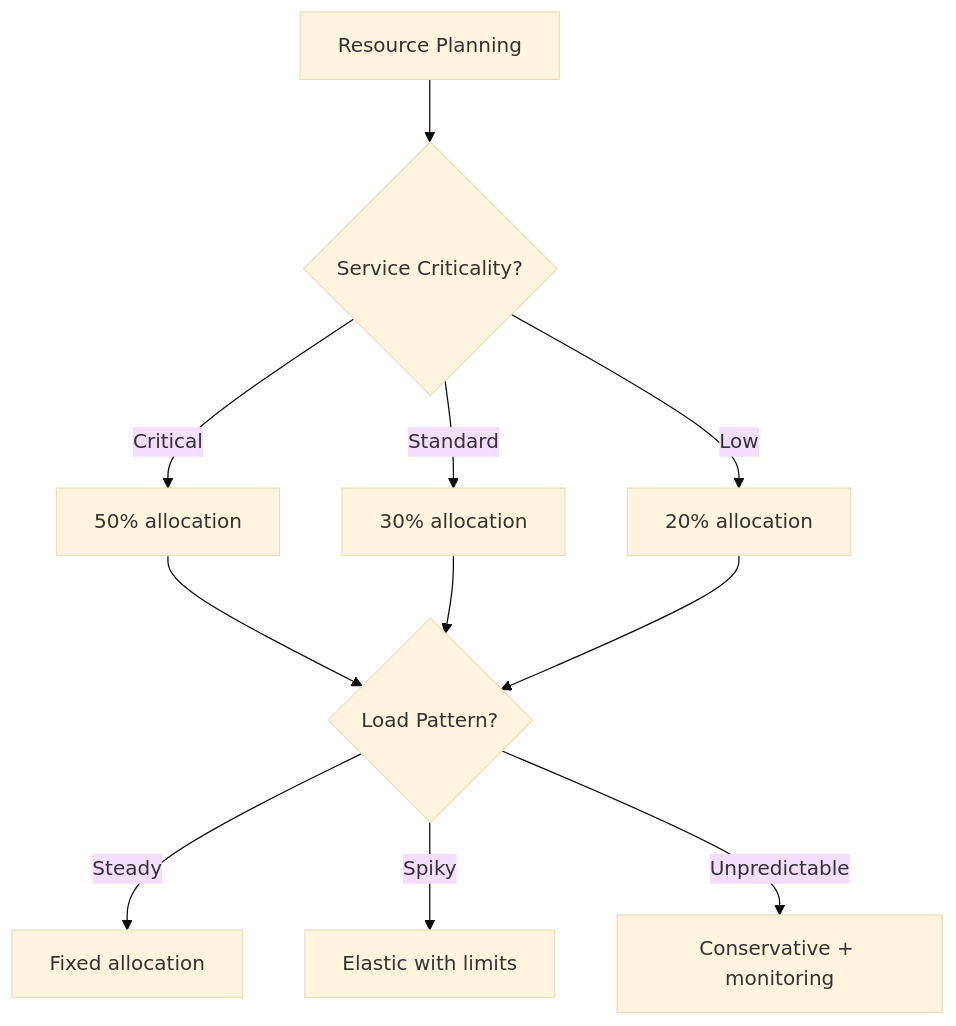
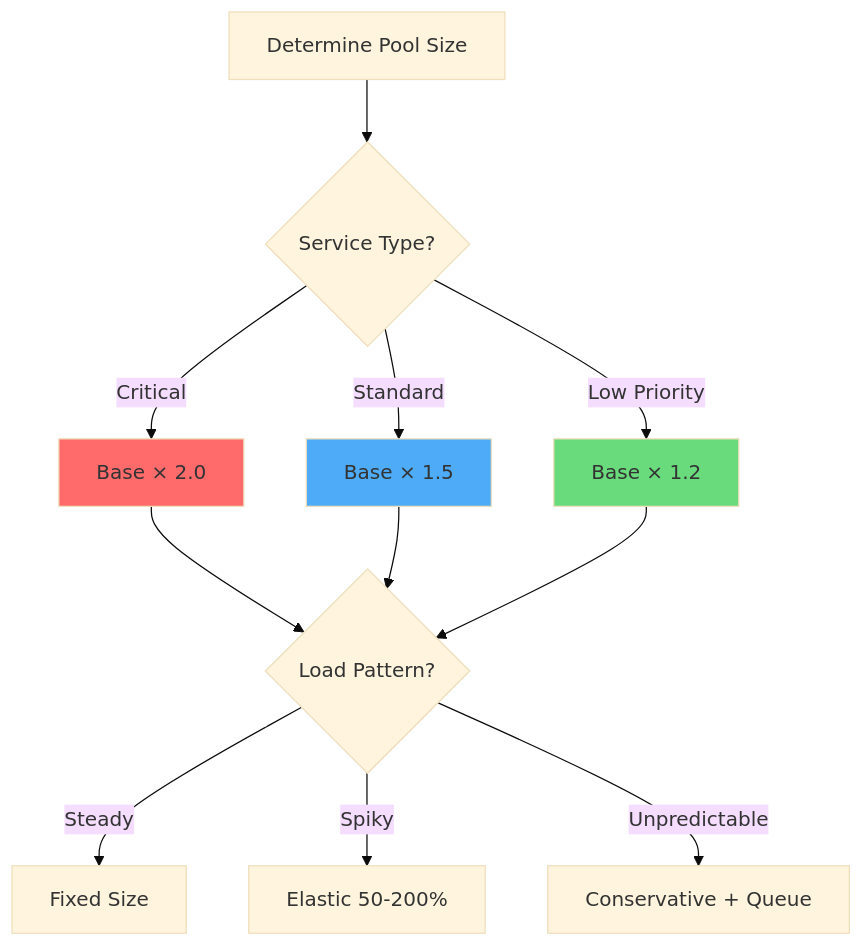
The third of 6 diagrams in docs/pattern-library/resilience/bulkhead.md (deepaucksharma/DStudio), drawn with Mermaid (base theme) before and after one commit. The commit also changed other lines of this file and 119 other files, not shown here.

````diff
--- a/docs/pattern-library/resilience/bulkhead.md
+++ b/docs/pattern-library/resilience/bulkhead.md
@@ -124,15 +145,19 @@
 ```mermaid
 graph TD
-    A[Resource Planning] --> B{Service Criticality?}
-    B -->|Critical| C[50% allocation]
-    B -->|Standard| D[30% allocation]
-    B -->|Low| E[20% allocation]
+    A[Determine Pool Size] --> B{Service Type?}
+    B -->|Critical| C[Base × 2.0]
+    B -->|Standard| D[Base × 1.5]
+    B -->|Low Priority| E[Base × 1.2]
     
     C --> F{Load Pattern?}
     D --> F
     E --> F
     
-    F -->|Steady| G[Fixed allocation]
-    F -->|Spiky| H[Elastic with limits]
-    F -->|Unpredictable| I[Conservative + monitoring]
+    F -->|Steady| G[Fixed Size]
+    F -->|Spiky| H[Elastic 50-200%]
+    F -->|Unpredictable| I[Conservative + Queue]
+    
+    style C fill:#ff6b6b
+    style D fill:#4dabf7
+    style E fill:#69db7c
 ```
````
